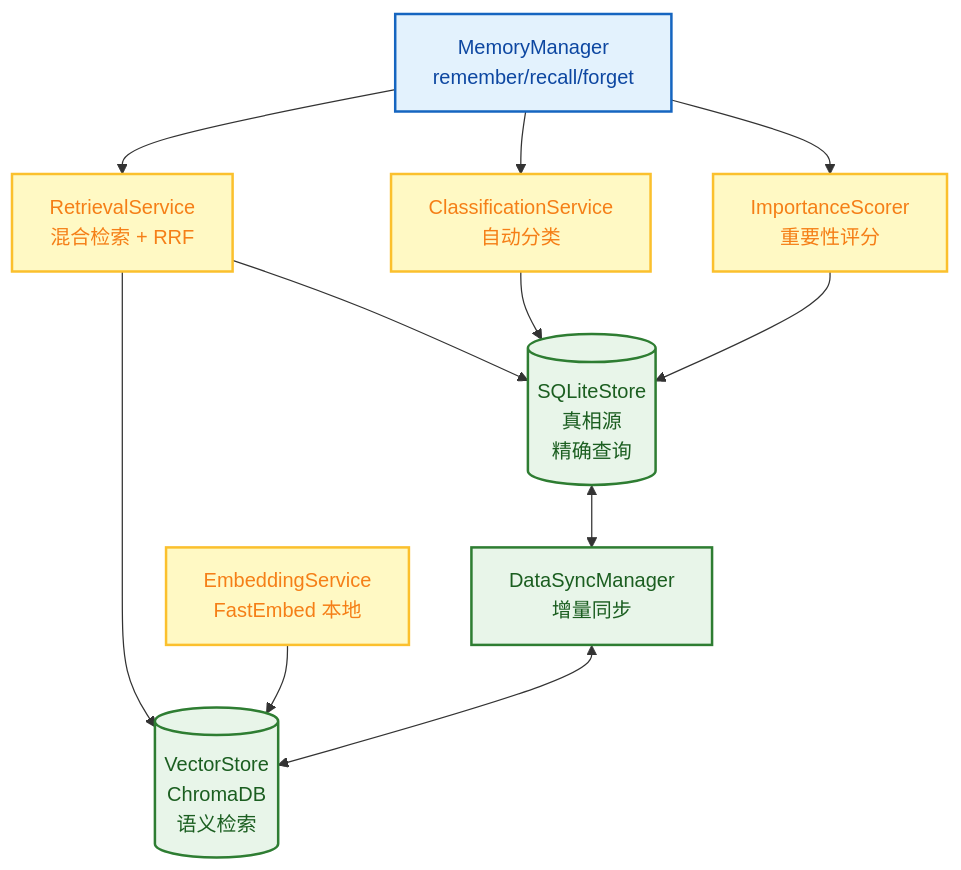
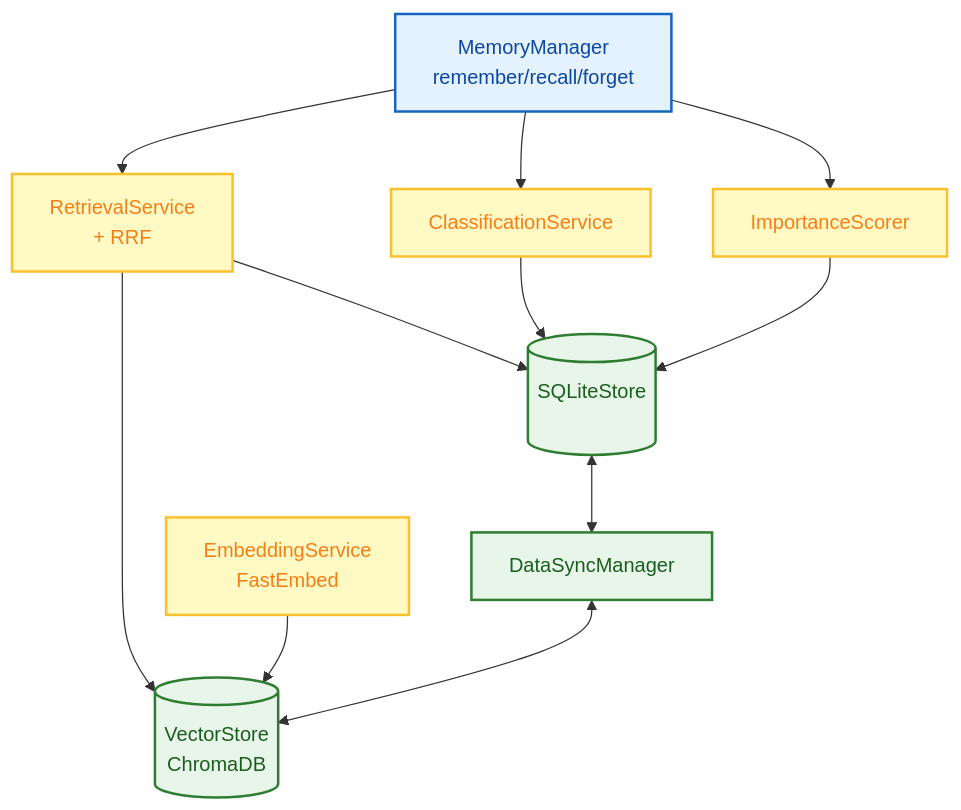
Before and after one commit to xt765/FinchBot: the fourth of 8 diagrams in README_CN.md, drawn with Mermaid. The commit also changed other lines of this file and 17 other files, not shown here.

````diff
--- a/README_CN.md
+++ b/README_CN.md
@@ -302,25 +302,25 @@
 ```mermaid
 flowchart TB
     classDef businessLayer fill:#e3f2fd,stroke:#1565c0,stroke-width:2px,color:#0d47a1;
     classDef serviceLayer fill:#fff9c4,stroke:#fbc02d,stroke-width:2px,color:#f57f17;
     classDef storageLayer fill:#e8f5e9,stroke:#2e7d32,stroke-width:2px,color:#1b5e20;
 
     MM[MemoryManager<br/>remember/recall/forget]:::businessLayer
 
-    RS[RetrievalService<br/>混合检索 + RRF]:::serviceLayer
-    CS[ClassificationService<br/>自动分类]:::serviceLayer
-    IS[ImportanceScorer<br/>重要性评分]:::serviceLayer
-    ES[EmbeddingService<br/>FastEmbed 本地]:::serviceLayer
+    RS[RetrievalService<br/> + RRF]:::serviceLayer
+    CS[ClassificationService<br/>]:::serviceLayer
+    IS[ImportanceScorer<br/>]:::serviceLayer
+    ES[EmbeddingService<br/>FastEmbed ]:::serviceLayer
 
-    SQLite[(SQLiteStore<br/>真相源<br/>精确查询)]:::storageLayer
-    Vector[(VectorStore<br/>ChromaDB<br/>语义检索)]:::storageLayer
-    DS[DataSyncManager<br/>增量同步]:::storageLayer
+    SQLite[(SQLiteStore<br/><br/>)]:::storageLayer
+    Vector[(VectorStore<br/>ChromaDB<br/>)]:::storageLayer
+    DS[DataSyncManager<br/>]:::storageLayer
 
     MM --> RS & CS & IS
     RS --> SQLite & Vector
     CS --> SQLite
     IS --> SQLite
     ES --> Vector
     
     SQLite <--> DS <--> Vector
 ```
````
